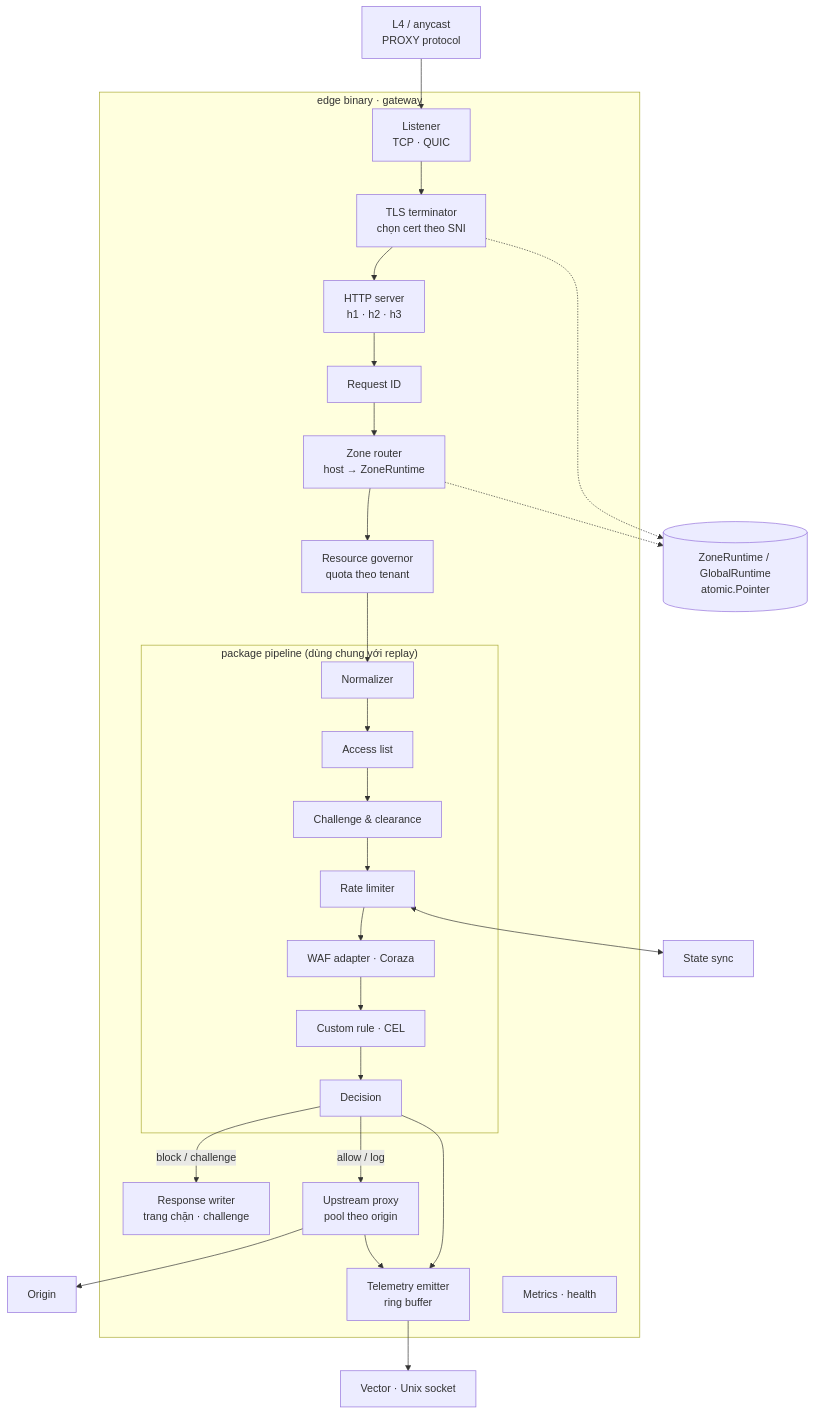
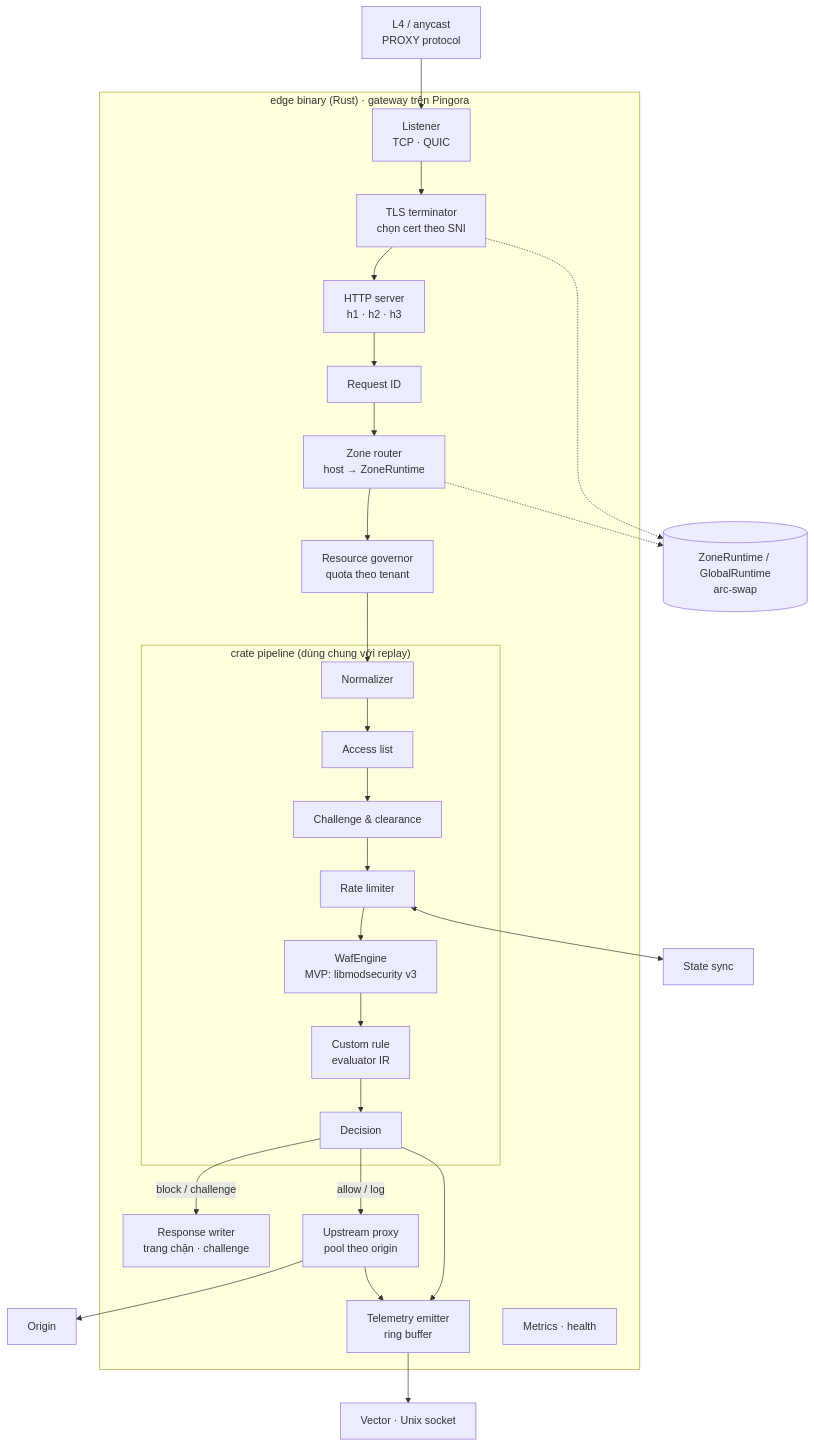
The diagram in docs/architecture/05-building-blocks/08-components/01-edge-gateway.md (metap-org/metap-demo-waf), drawn with Mermaid before and after one commit. The commit also changed other lines of this file and 22 other files, not shown here.

First line of the commit message:
docs: choose languages per workload, move the edge to Rust

````diff
--- a/docs/architecture/05-building-blocks/08-components/01-edge-gateway.md
+++ b/docs/architecture/05-building-blocks/08-components/01-edge-gateway.md
@@ -10,39 +10,39 @@
 ```mermaid
 flowchart TB
     lb["L4 / anycast<br/>PROXY protocol"]
-    subgraph GW["edge binary · gateway"]
+    subgraph GW["edge binary (Rust) · gateway trên Pingora"]
         lst["Listener<br/>TCP · QUIC"]
         tls["TLS terminator<br/>chọn cert theo SNI"]
         http["HTTP server<br/>h1 · h2 · h3"]
         rid["Request ID"]
         zr["Zone router<br/>host → ZoneRuntime"]
         gov["Resource governor<br/>quota theo tenant"]
-        subgraph PIPE["package pipeline (dùng chung với replay)"]
+        subgraph PIPE["crate pipeline (dùng chung với replay)"]
             norm["Normalizer"]
             acl["Access list"]
             uam["Challenge & clearance"]
             rl["Rate limiter"]
-            waf["WAF adapter · Coraza"]
-            cel["Custom rule · CEL"]
+            waf["WafEngine<br/>MVP: libmodsecurity v3"]
+            cel["Custom rule<br/>evaluator IR"]
             dec["Decision"]
         end
         resp["Response writer<br/>trang chặn · challenge"]
         up["Upstream proxy<br/>pool theo origin"]
         tel["Telemetry emitter<br/>ring buffer"]
         met["Metrics · health"]
     end
-    snap[("ZoneRuntime / GlobalRuntime<br/>atomic.Pointer")]
+    snap[("ZoneRuntime / GlobalRuntime<br/>arc-swap")]
     sync["State sync"]
     vec["Vector · Unix socket"]
     origin["Origin"]
 
     lb --> lst --> tls --> http --> rid --> zr --> gov --> norm --> acl --> uam --> rl --> waf --> cel --> dec
     dec -->|block / challenge| resp
     dec -->|allow / log| up --> origin
     tls -.-> snap
     zr -.-> snap
     rl <--> sync
     dec --> tel
     up --> tel
     tel --> vec
 ```
````
